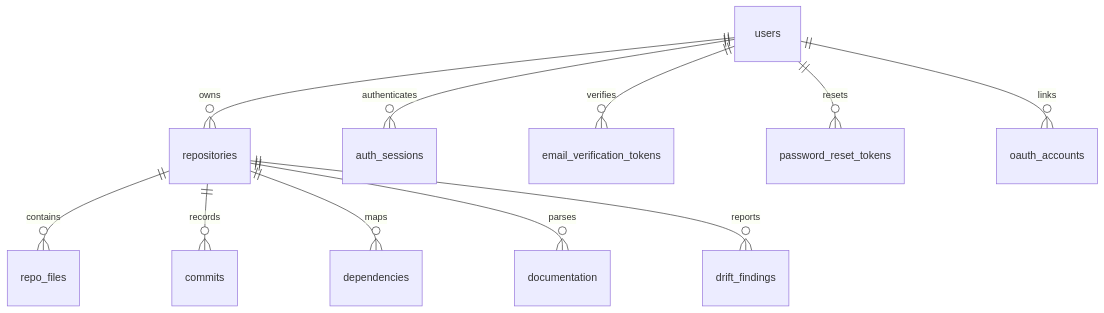
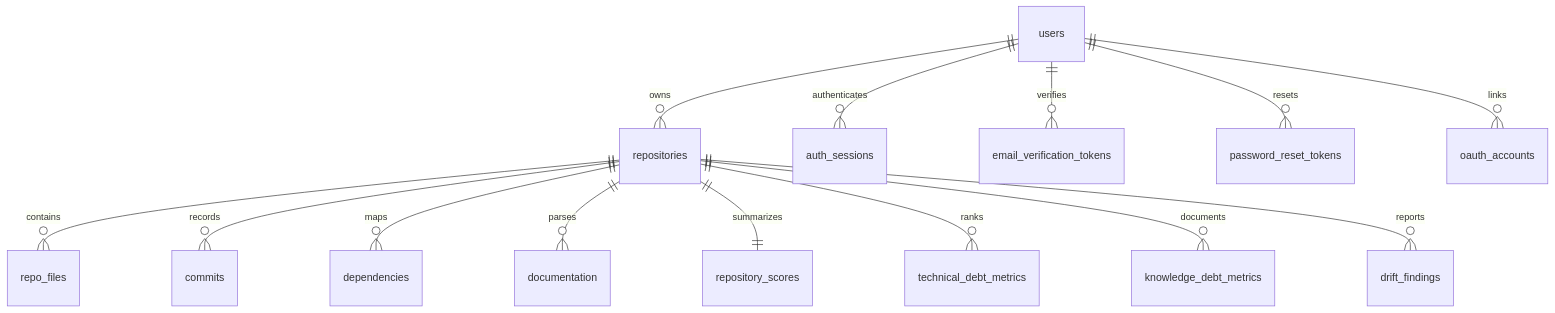
The diagram in docs/database/DATABASE.md (zs0c131y/CodePulse), drawn with Mermaid before and after one commit. The commit also changed other lines of this file and 28 other files, not shown here.

First line of the commit message:
feat(analysis): add technical and knowledge debt scoring engines

````diff
--- a/docs/database/DATABASE.md
+++ b/docs/database/DATABASE.md
@@ -41,13 +44,16 @@
 ```mermaid
 erDiagram
     users ||--o{ repositories : owns
     users ||--o{ auth_sessions : authenticates
     users ||--o{ email_verification_tokens : verifies
     users ||--o{ password_reset_tokens : resets
     users ||--o{ oauth_accounts : links
     repositories ||--o{ repo_files : contains
     repositories ||--o{ commits : records
     repositories ||--o{ dependencies : maps
     repositories ||--o{ documentation : parses
+    repositories ||--|| repository_scores : summarizes
+    repositories ||--o{ technical_debt_metrics : ranks
+    repositories ||--o{ knowledge_debt_metrics : documents
     repositories ||--o{ drift_findings : reports
 ```
````
